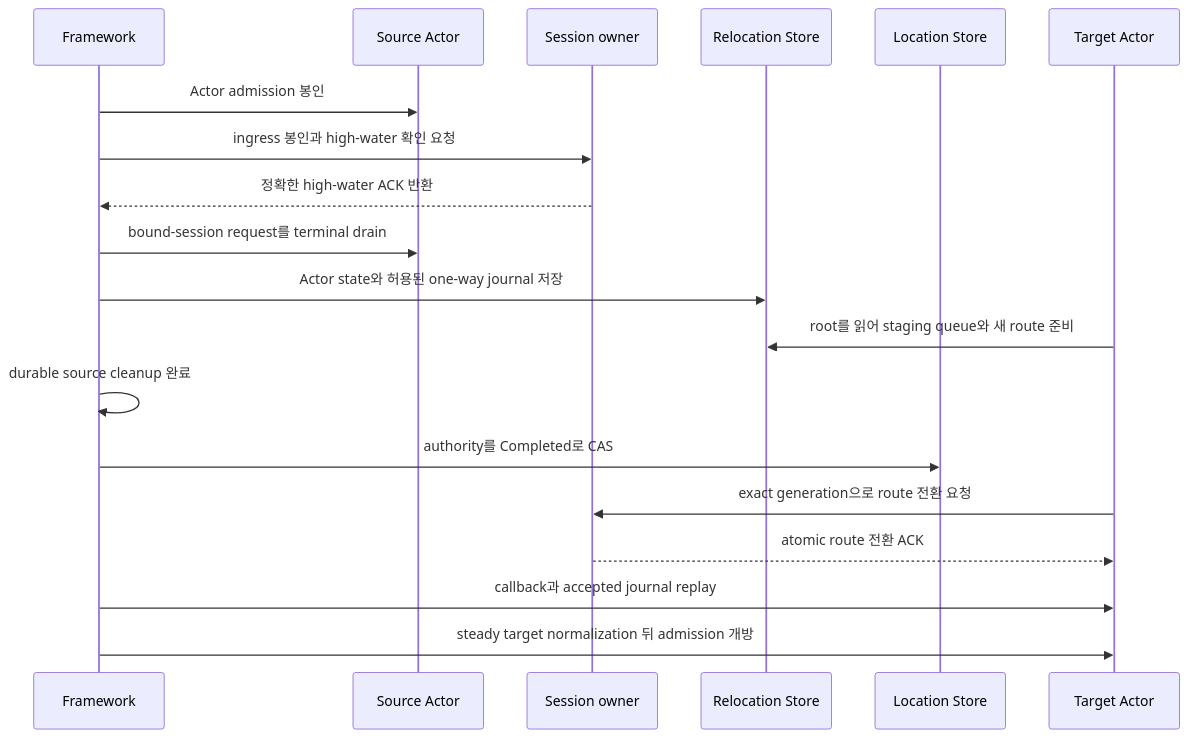
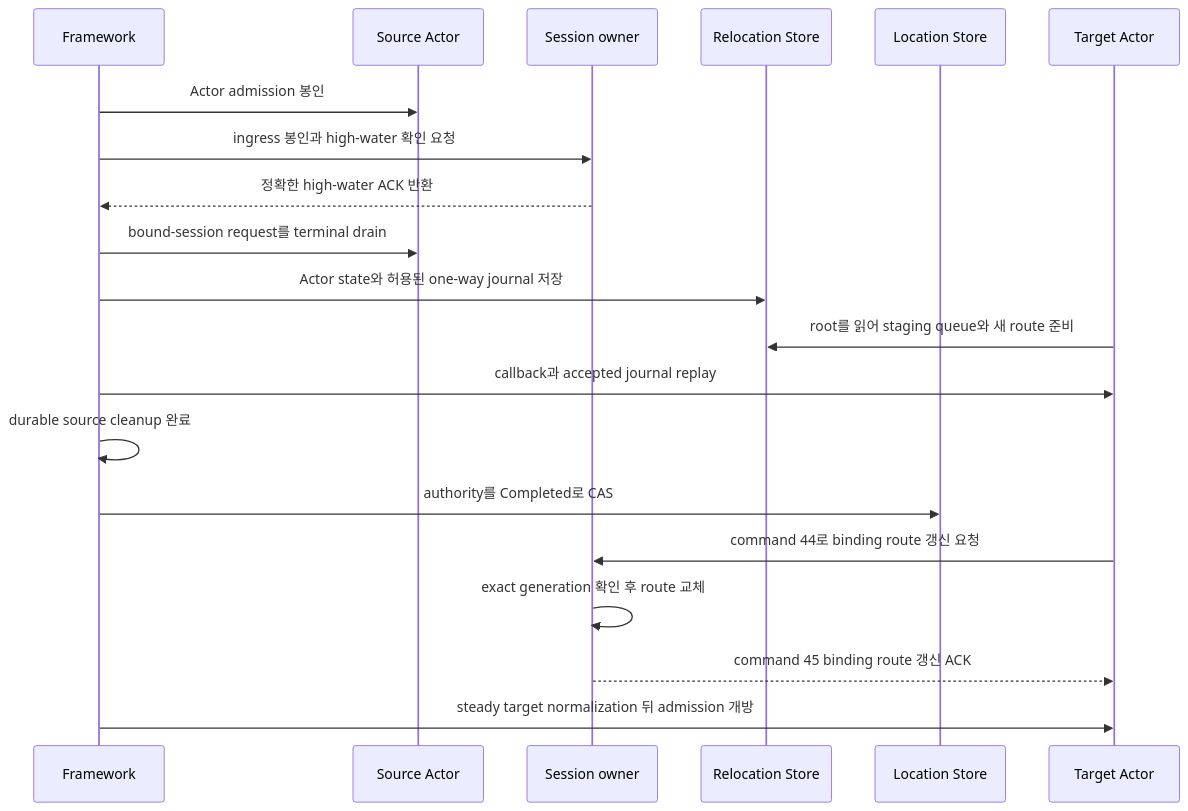
The second of 2 diagrams in framework/doc/framework/common/spec/31-session-actor-dispatch.ko.md (kairos-code-dev/zlink), drawn with Mermaid before and after one commit. The commit also changed other lines of this file and 920 other files, not shown here.

````diff
--- a/framework/doc/framework/common/spec/31-session-actor-dispatch.ko.md
+++ b/framework/doc/framework/common/spec/31-session-actor-dispatch.ko.md
@@ -181,22 +271,23 @@
 ```mermaid
 sequenceDiagram
     participant Framework
     participant SourceActor as Source Actor
     participant SessionOwner as Session owner
     participant RelocationStore as Relocation Store
     participant LocationStore as Location Store
     participant TargetActor as Target Actor
 
     Framework->>SourceActor: Actor admission 봉인
     Framework->>SessionOwner: ingress 봉인과 high-water 확인 요청
     SessionOwner-->>Framework: 정확한 high-water ACK 반환
     Framework->>SourceActor: bound-session request를 terminal drain
     Framework->>RelocationStore: Actor state와 허용된 one-way journal 저장
     TargetActor->>RelocationStore: root를 읽어 staging queue와 새 route 준비
+    Framework->>TargetActor: callback과 accepted journal replay
     Framework->>Framework: durable source cleanup 완료
     Framework->>LocationStore: authority를 Completed로 CAS
-    TargetActor->>SessionOwner: exact generation으로 route 전환 요청
-    SessionOwner-->>TargetActor: atomic route 전환 ACK
-    Framework->>TargetActor: callback과 accepted journal replay
+    TargetActor->>SessionOwner: command 44로 binding route 갱신 요청
+    SessionOwner->>SessionOwner: exact generation 확인 후 route 교체
+    SessionOwner-->>TargetActor: command 45 binding route 갱신 ACK
     Framework->>TargetActor: steady target normalization 뒤 admission 개방
 ```
````
